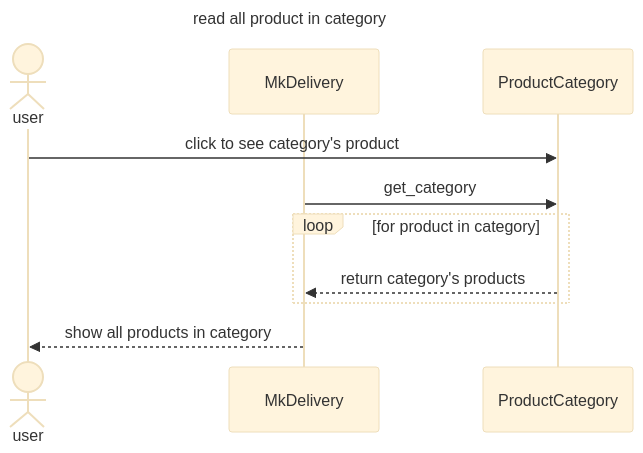
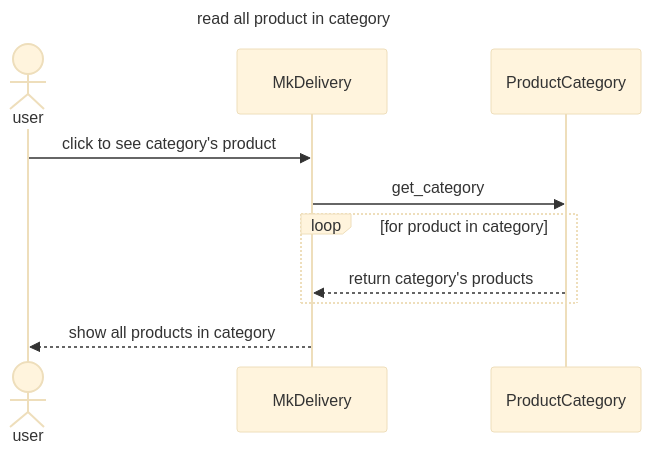
The diagram in sequence_diag/category/read all product in cate.mmd (MxMhx/OOP_Project_MK_website), drawn with Mermaid (base theme) before and after one commit.

Commit message:
Update read all product in cate.mmd

```diff
--- a/sequence_diag/category/read all product in cate.mmd
+++ b/sequence_diag/category/read all product in cate.mmd
@@ -1,12 +1,12 @@
 sequenceDiagram
     title read all product in category
     actor user
     participant MkDelivery
     participant ProductCategory
 
-    user ->> ProductCategory: click to see category's product
+    user ->> MkDelivery: click to see category's product
     MkDelivery ->> ProductCategory:get_category
     loop for product in category
         ProductCategory -->> MkDelivery: return category's products
     end
     MkDelivery -->> user: show all products in category
```
